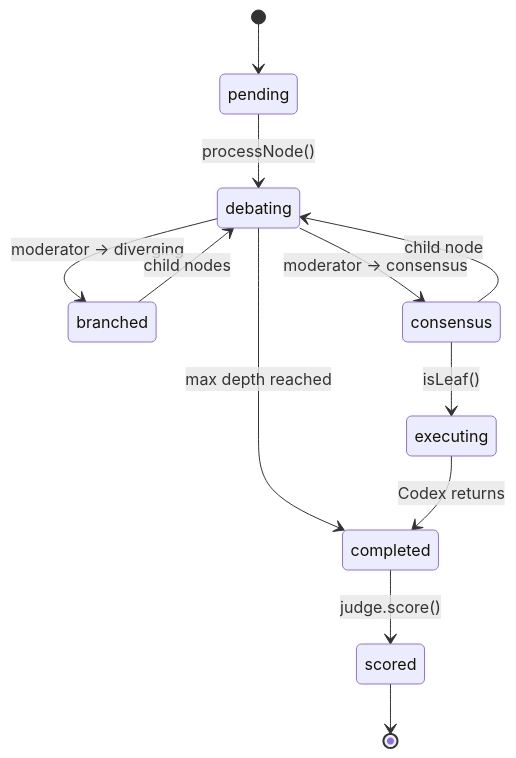
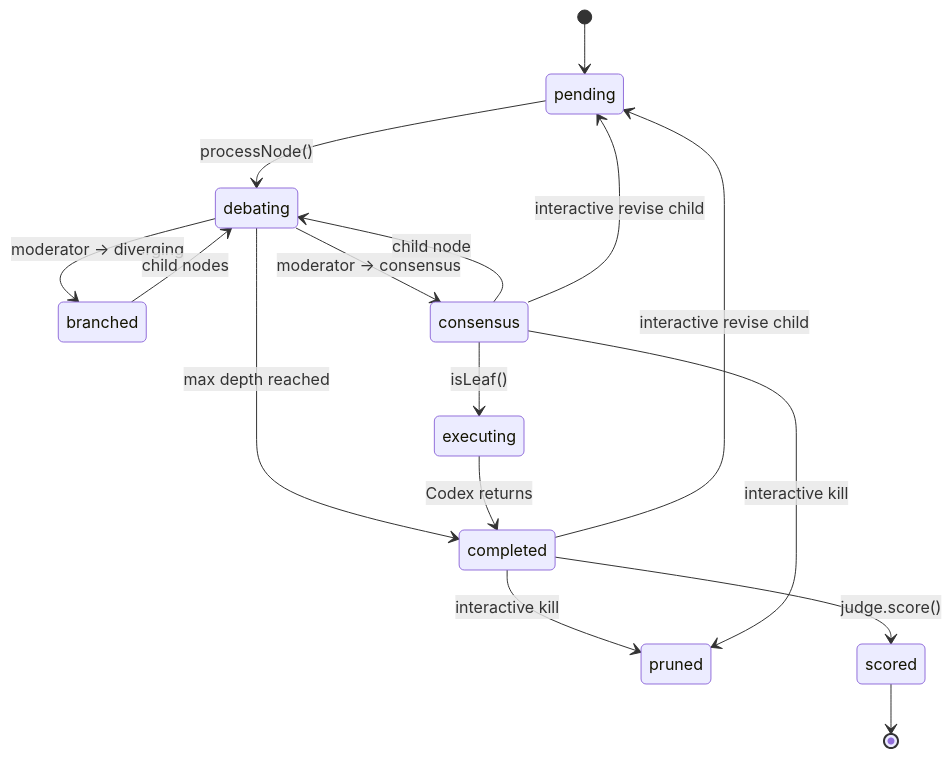
The third of 6 diagrams in docs/architecture.md (edward-sia/cto), drawn with Mermaid before and after one commit. The commit also changed other lines of this file and 5 other files, not shown here.

````diff
--- a/docs/architecture.md
+++ b/docs/architecture.md
@@ -83,14 +88,18 @@
 ```mermaid
 stateDiagram-v2
     [*] --> pending
     pending --> debating : processNode()
     debating --> branched : moderator → diverging
     debating --> consensus : moderator → consensus
     branched --> debating : child nodes
     consensus --> debating : child node
     debating --> completed : max depth reached
+    completed --> pruned : interactive kill
+    consensus --> pruned : interactive kill
+    completed --> pending : interactive revise child
+    consensus --> pending : interactive revise child
     consensus --> executing : isLeaf()
     executing --> completed : Codex returns
     completed --> scored : judge.score()
     scored --> [*]
 ```
````
